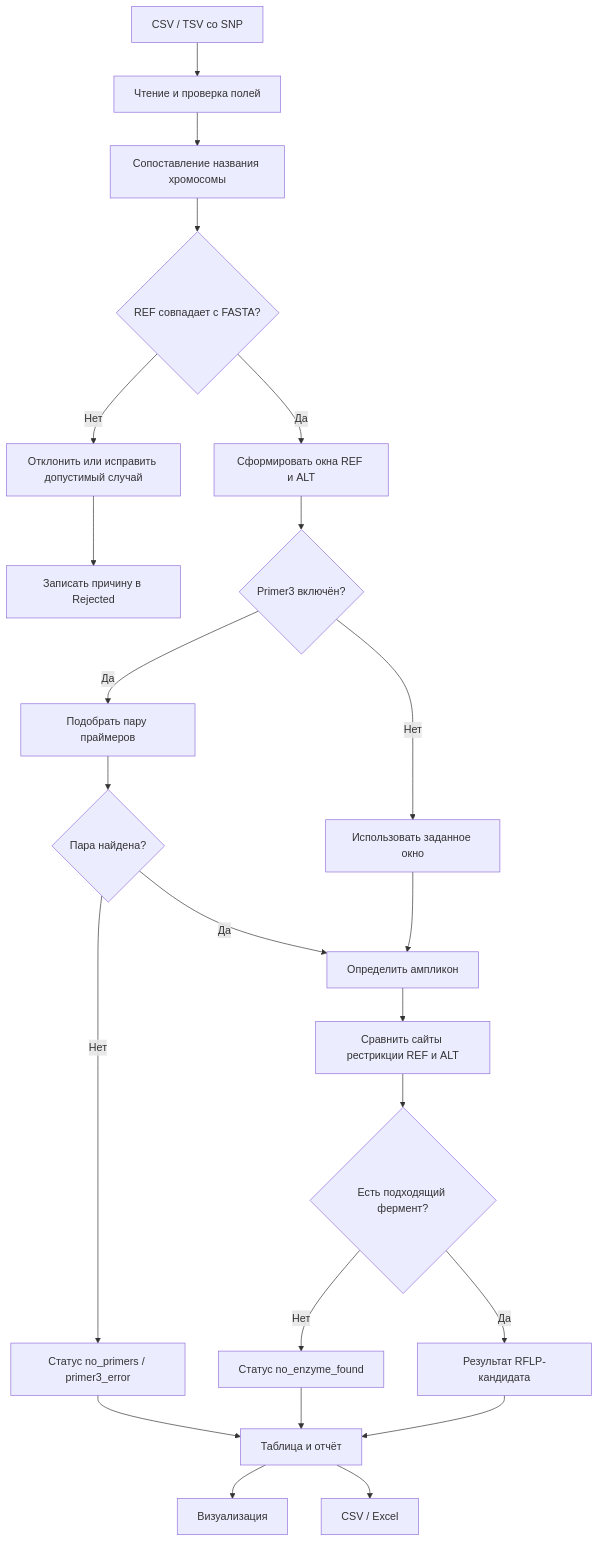
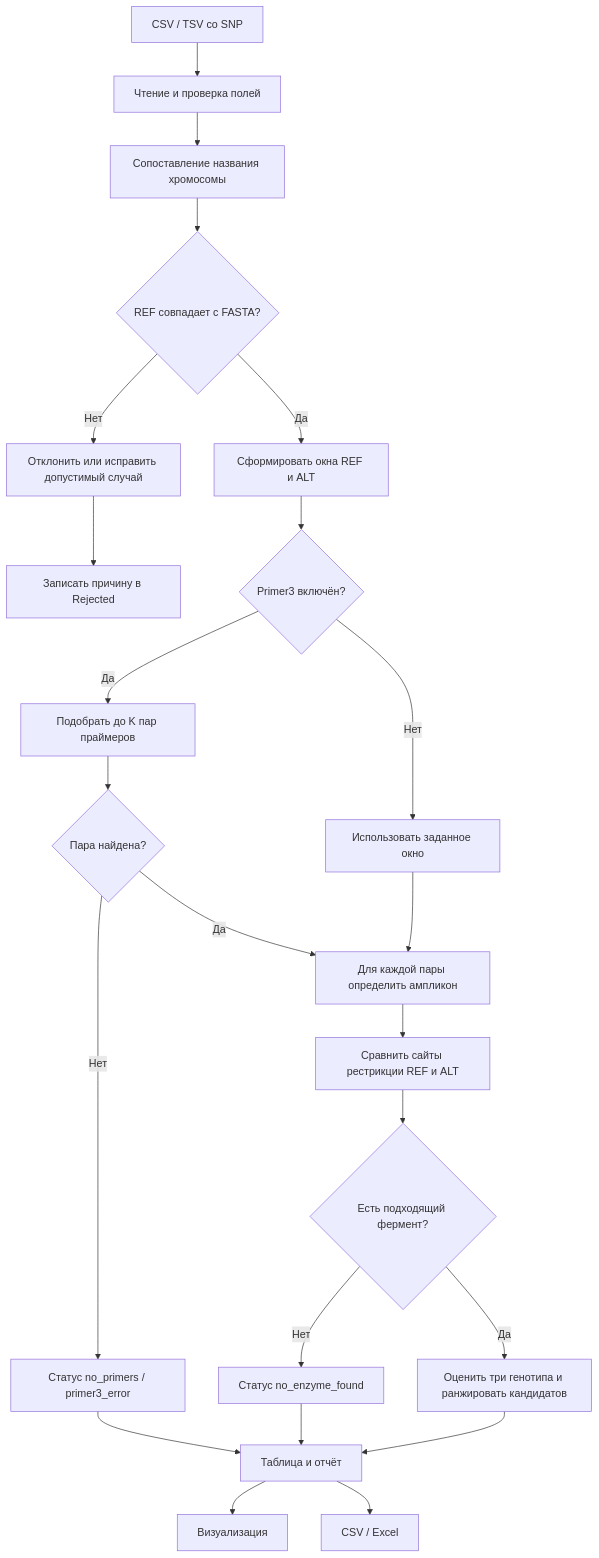
The diagram in README.md (adrobi/rflppicker), drawn with Mermaid before and after one commit. The commit also changed other lines of this file and 13 other files, not shown here.

````diff
--- a/README.md
+++ b/README.md
@@ -18,25 +40,25 @@
 ```mermaid
 flowchart TD
     A[CSV / TSV со SNP] --> B[Чтение и проверка полей]
     B --> C[Сопоставление названия хромосомы]
     C --> D{REF совпадает с FASTA?}
     D -->|Нет| E[Отклонить или исправить допустимый случай]
     D -->|Да| F[Сформировать окна REF и ALT]
     E --> G[Записать причину в Rejected]
     F --> H{Primer3 включён?}
-    H -->|Да| I[Подобрать пару праймеров]
+    H -->|Да| I[Подобрать до K пар праймеров]
     H -->|Нет| J[Использовать заданное окно]
     I --> K{Пара найдена?}
     K -->|Нет| L[Статус no_primers / primer3_error]
-    K -->|Да| M[Определить ампликон]
+    K -->|Да| M[Для каждой пары определить ампликон]
     J --> M
     M --> N[Сравнить сайты рестрикции REF и ALT]
     N --> O{Есть подходящий фермент?}
     O -->|Нет| P[Статус no_enzyme_found]
-    O -->|Да| Q[Результат RFLP-кандидата]
+    O -->|Да| Q[Оценить три генотипа и ранжировать кандидатов]
     L --> R[Таблица и отчёт]
     P --> R
     Q --> R
     R --> S[Визуализация]
     R --> T[CSV / Excel]
 ```
````
